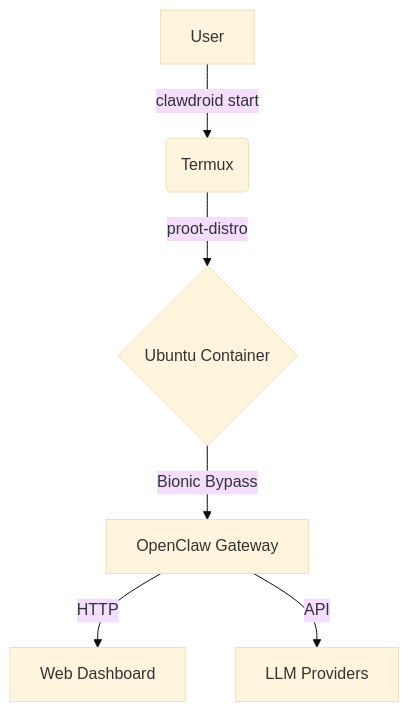
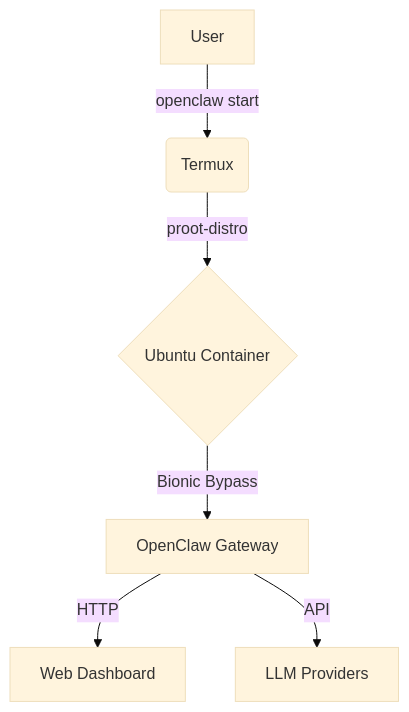
Before and after one commit to NosytLabs/openclaw-droid: the diagram in README.md, drawn with Mermaid (base theme). The commit also changed other lines of this file and 1 other file, not shown here.

````diff
--- a/README.md
+++ b/README.md
@@ -75,8 +75,8 @@
 ```mermaid
 graph TD
-    A[User] -->|clawdroid start| B(Termux)
+    A[User] -->|openclaw start| B(Termux)
     B -->|proot-distro| C{Ubuntu Container}
     C -->|Bionic Bypass| D[OpenClaw Gateway]
     D -->|HTTP| E[Web Dashboard]
     D -->|API| F[LLM Providers]
 ```
````
